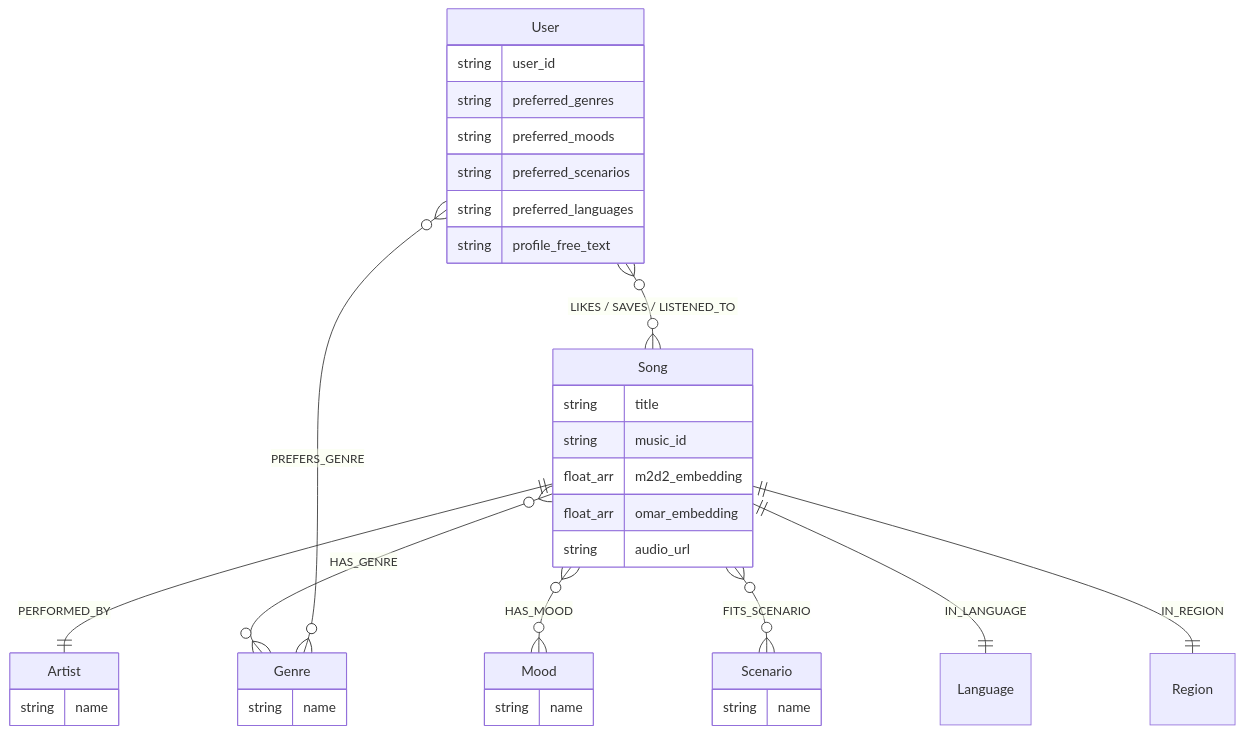
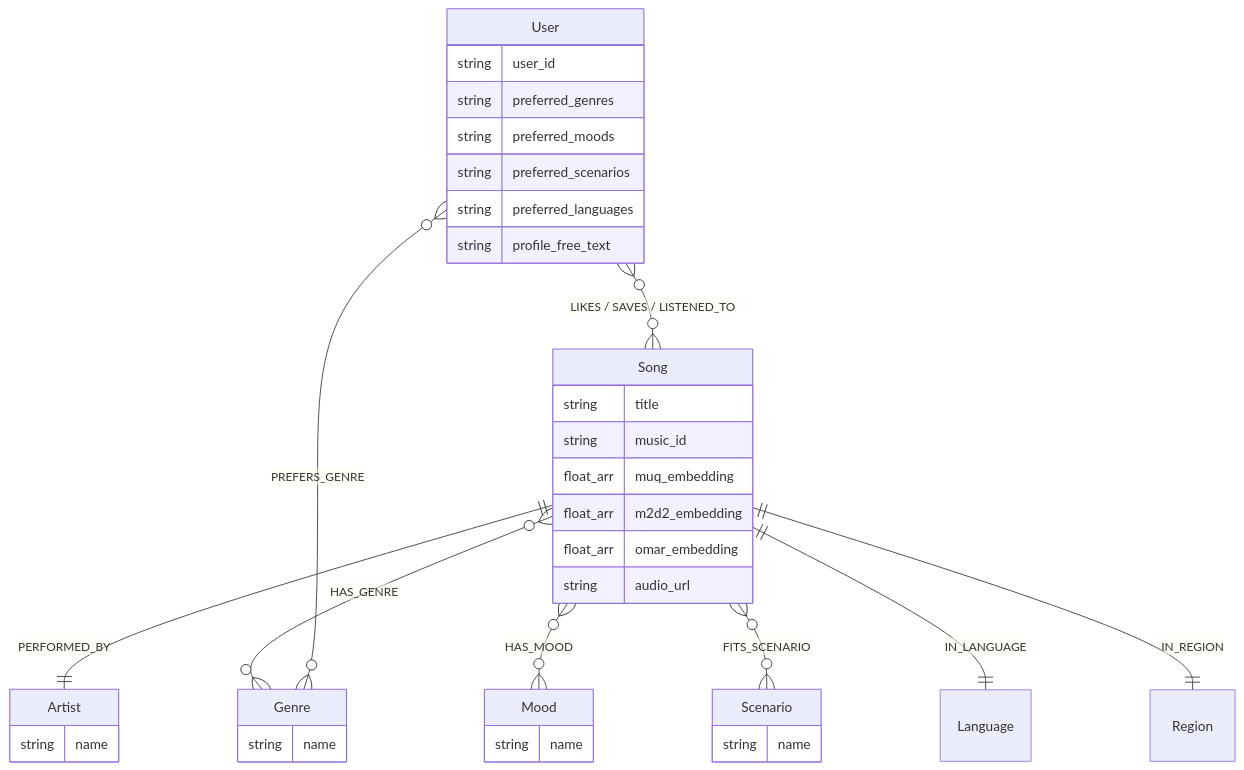
One commit to qichen-sbgh/SoulTuner-Agent changed the second of 2 diagrams in README.md. Above: the diagram before and after it, drawn with Mermaid. The commit also changed other lines of this file and 9 other files, not shown here.

````diff
--- a/README.md
+++ b/README.md
@@ -310,31 +311,32 @@
 ```mermaid
 erDiagram
     Song ||--|| Artist : PERFORMED_BY
     Song }o--o{ Genre : HAS_GENRE
     Song }o--o{ Mood : HAS_MOOD
     Song }o--o{ Scenario : FITS_SCENARIO
     Song ||--|| Language : IN_LANGUAGE
     Song ||--|| Region : IN_REGION
     User }o--o{ Song : "LIKES / SAVES / LISTENED_TO"
     User }o--o{ Genre : PREFERS_GENRE
 
     Song {
         string title
         string music_id
+        float_arr muq_embedding
         float_arr m2d2_embedding
         float_arr omar_embedding
         string audio_url
     }
     Artist { string name }
     Genre { string name }
     Mood { string name }
     Scenario { string name }
     User {
         string user_id
         string preferred_genres
         string preferred_moods
         string preferred_scenarios
         string preferred_languages
         string profile_free_text
     }
 ```
````
